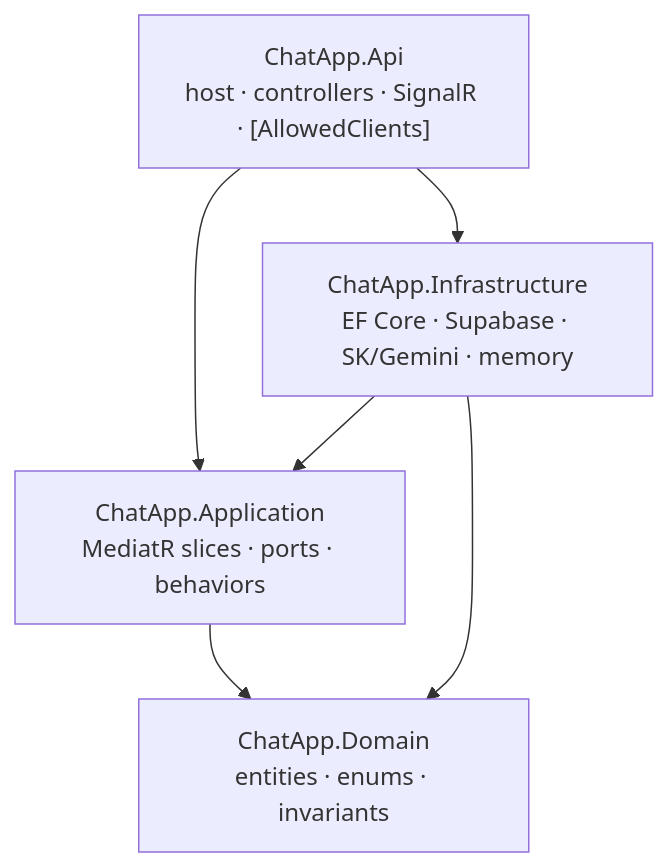
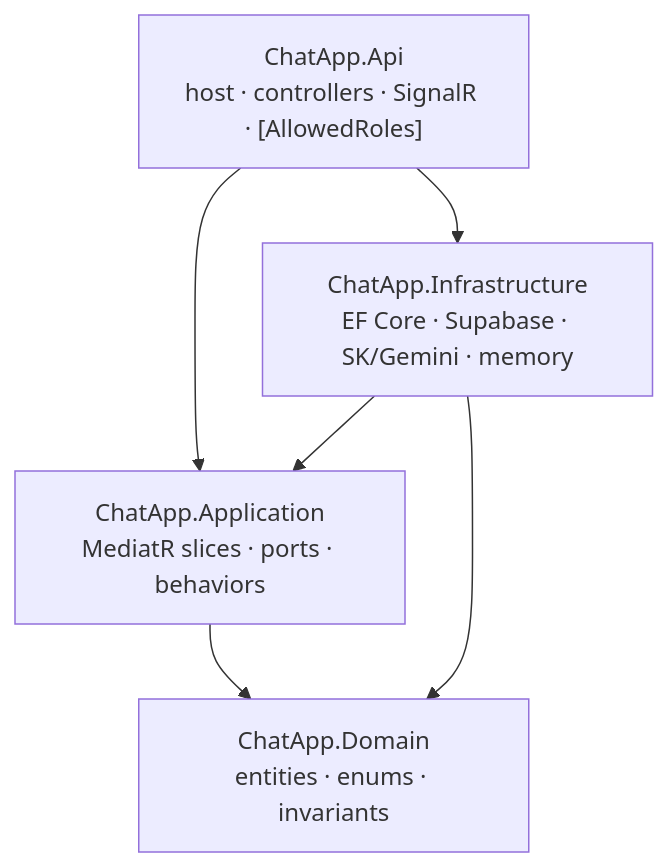
The fifth of 5 diagrams in docs/backend-system-design-and-architecture.md (phanxuanquang/jetomax-assignment), drawn with Mermaid before and after one commit. The commit also changed other lines of this file and 6 other files, not shown here.

First line of the commit message:
feat: enhance database schema and user roles

````diff
--- a/docs/backend-system-design-and-architecture.md
+++ b/docs/backend-system-design-and-architecture.md
@@ -406,13 +430,13 @@
 ```mermaid
 flowchart TD
     Domain["ChatApp.Domain<br/>entities · enums · invariants"]
     App["ChatApp.Application<br/>MediatR slices · ports · behaviors"]
     Infra["ChatApp.Infrastructure<br/>EF Core · Supabase · SK/Gemini · memory"]
-    Api["ChatApp.Api<br/>host · controllers · SignalR · [AllowedClients]"]
+    Api["ChatApp.Api<br/>host · controllers · SignalR · [AllowedRoles]"]
 
     App --> Domain
     Infra --> App
     Infra --> Domain
     Api --> App
     Api --> Infra
 ```
````
